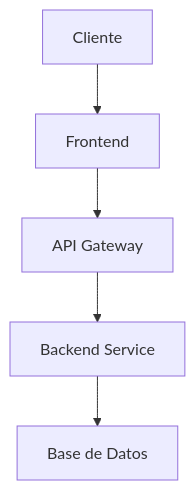
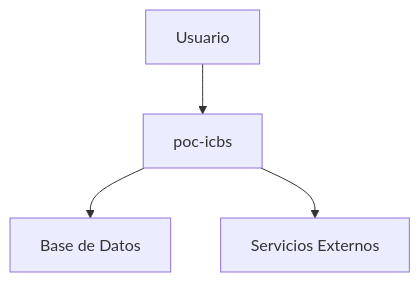
One commit to giovanemere/poc-icbs changed the diagram in docs/index.md. Above: the diagram before and after it, drawn with Mermaid. The commit also changed other lines of this file and 4 other files, not shown here.

````diff
--- a/docs/index.md
+++ b/docs/index.md
@@ -11,7 +11,6 @@
 ```mermaid
 graph TD
-    A[Cliente] --> B[Frontend]
-    B --> C[API Gateway]
-    C --> D[Backend Service]
-    D --> E[Base de Datos]
+    A[Usuario] --> B[poc-icbs]
+    B --> C[Base de Datos]
+    B --> D[Servicios Externos]
 ```
````
